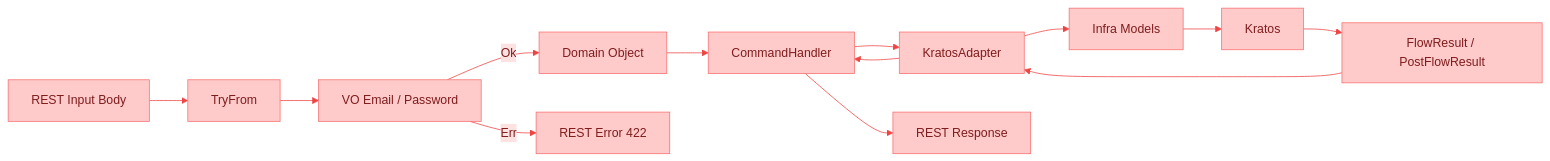
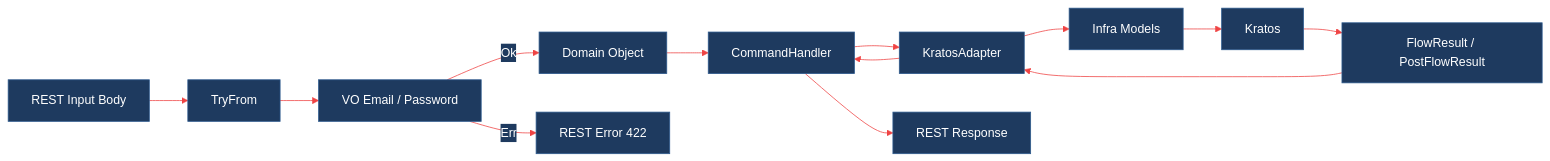
One commit to justventure/engineer-challenge changed the third of 3 diagrams in README.md. Above: the diagram before and after it, drawn with Mermaid. The commit also changed other lines of this file, not shown here.

````diff
--- a/README.md
+++ b/README.md
@@ -116,17 +114,17 @@
 ```mermaid
-%%{init: {'theme': 'base', 'themeVariables': {'primaryColor': '#FECACA', 'primaryTextColor': '#7F1D1D', 'primaryBorderColor': '#F87171', 'lineColor': '#EF4444', 'secondaryColor': '#FEE2E2', 'tertiaryColor': '#FFF1F1'}}}%%
+%%{init: {'theme': 'base', 'themeVariables': {'primaryColor': '#1E3A5F', 'primaryTextColor': '#FFFFFF', 'primaryBorderColor': '#2D5A8E', 'lineColor': '#EF4444', 'secondaryColor': '#162D4A', 'tertiaryColor': '#0F1F35', 'clusterBkg': '#0F1F35', 'clusterBorder': '#2D5A8E', 'titleColor': '#FFFFFF', 'edgeLabelBackground': '#1E3A5F', 'nodeTextColor': '#FFFFFF'}}}%%
 flowchart LR
     Input[REST Input Body]
     Input --> TryFrom[TryFrom]
     TryFrom --> VO[VO Email / Password]
     VO -->|Ok| Domain[Domain Object]
     VO -->|Err| Error[REST Error 422]
     Domain --> Handler[CommandHandler]
     Handler --> Adapter[KratosAdapter]
     Adapter --> Models[Infra Models]
     Models --> Kratos[Kratos]
     Kratos --> Response[FlowResult / PostFlowResult]
     Response --> Adapter
     Adapter --> Handler
     Handler --> RestResponse[REST Response]
 ```
````
